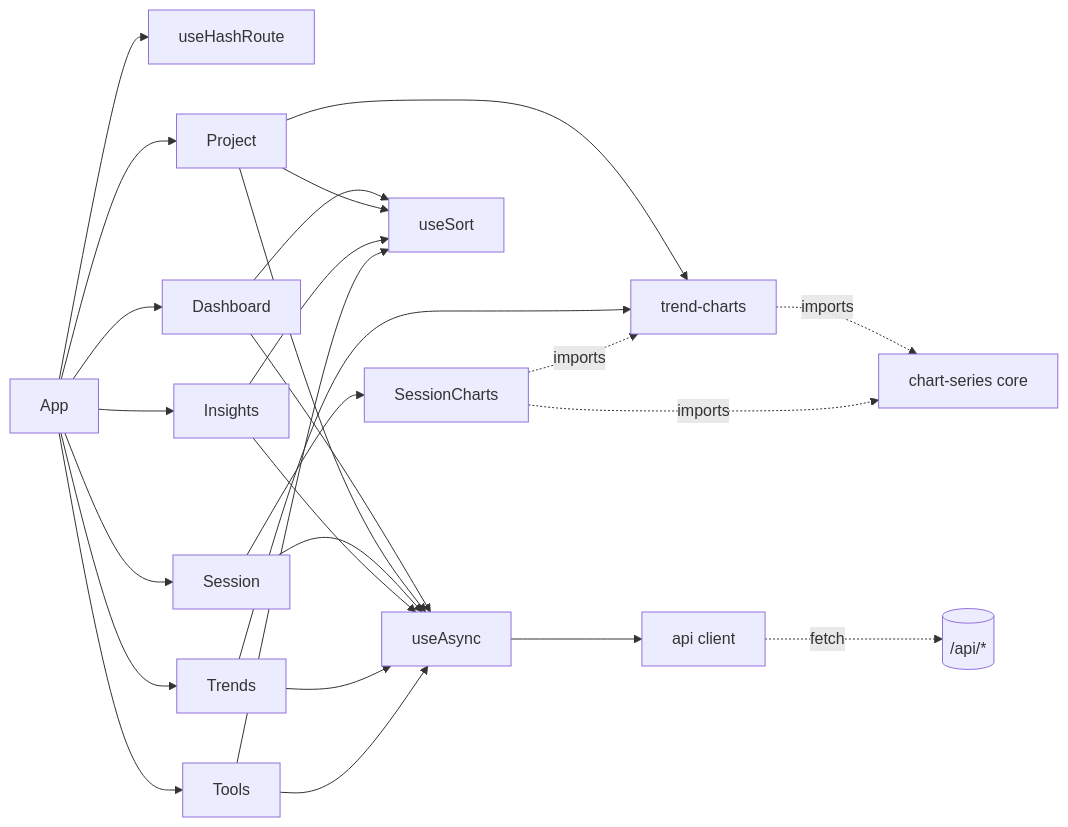
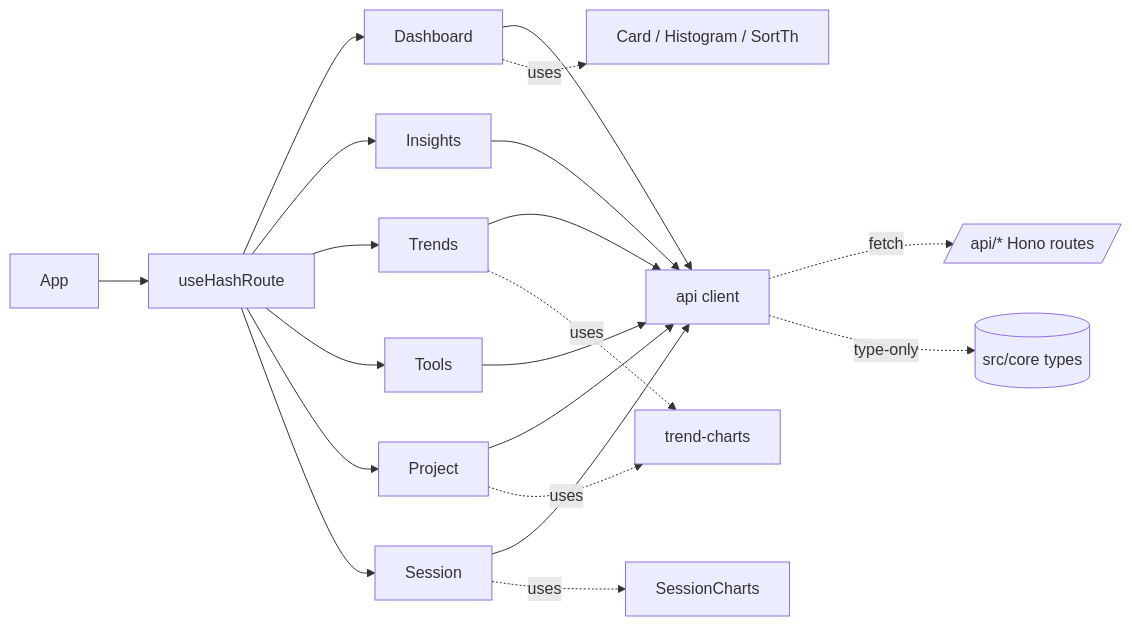
Before and after one commit to yorch/cc-analyzer: the diagram in wiki/6-web-spa-frontend.md, drawn with Mermaid. The commit also changed other lines of this file and 15 other files, not shown here.

First line of the commit message:
docs(wiki): reconcile with #42 (schema v8, chart/analytics changes)

````diff
--- a/wiki/6-web-spa-frontend.md
+++ b/wiki/6-web-spa-frontend.md
@@ -35,31 +35,25 @@
 ```mermaid
 flowchart LR
     App[App] --> Router[useHashRoute]
-    App --> Dashboard
-    App --> Project
-    App --> Session
-    App --> Insights
-    App --> Trends
-    App --> Tools
+    Router --> Dashboard
+    Router --> Insights
+    Router --> Trends
+    Router --> Tools
+    Router --> Project
+    Router --> Session
 
-    Dashboard --> useAsync
-    Project --> useAsync
-    Session --> useAsync
-    Insights --> useAsync
-    Trends --> useAsync
-    Tools --> useAsync
-    useAsync --> api[api client]
-    api -.fetch.-> HTTP[(/api/*)]
+    Dashboard --> api[api client]
+    Insights --> api
+    Trends --> api
+    Tools --> api
+    Project --> api
+    Session --> api
 
-    Dashboard --> useSort
-    Project --> useSort
-    Insights --> useSort
-    Tools --> useSort
+    api -.fetch.-> Backend[/api/* Hono routes/]
+    api -.type-only.-> Core[(src/core types)]
 
-    Project --> trendCharts[trend-charts]
-    Trends --> trendCharts
-    Session --> SessionCharts
-    SessionCharts -.imports.-> trendCharts
-    trendCharts -.imports.-> series[chart-series core]
-    SessionCharts -.imports.-> series
+    Dashboard -.uses.-> Prim[Card / Histogram / SortTh]
+    Trends -.uses.-> Charts[trend-charts]
+    Project -.uses.-> Charts
+    Session -.uses.-> SessCharts[SessionCharts]
 ```
````
